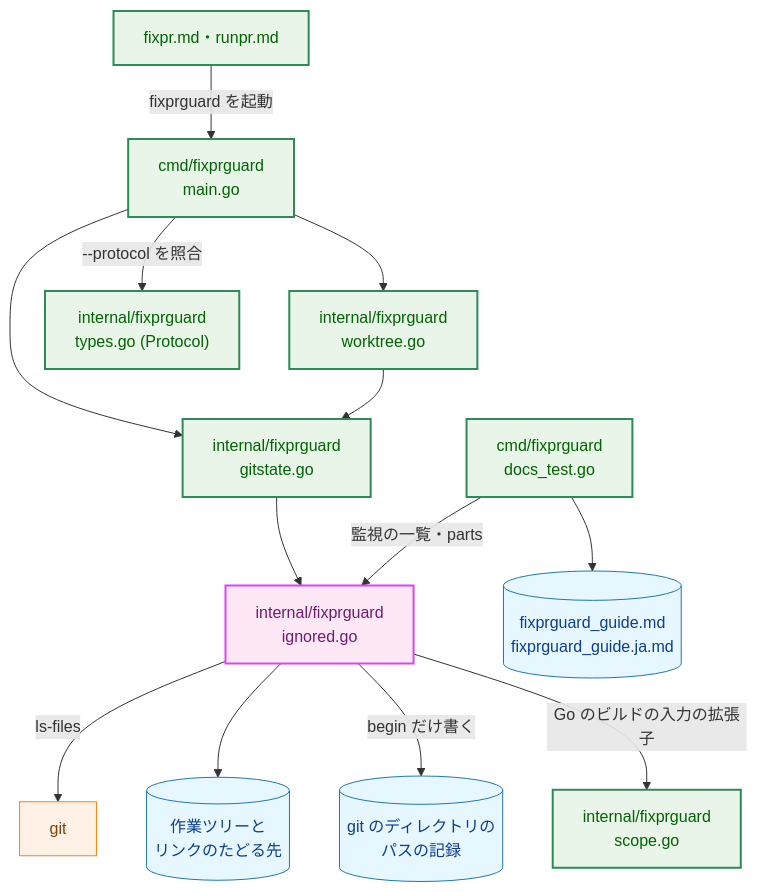
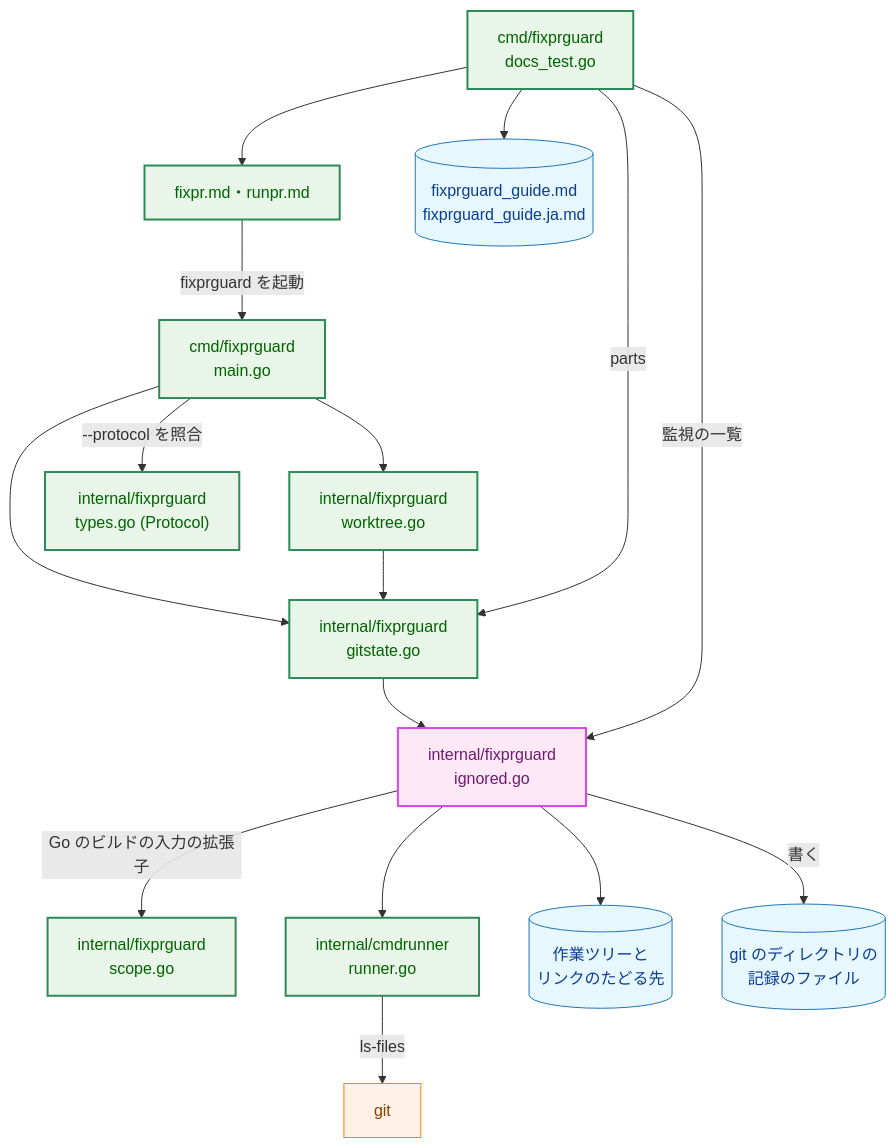
The third of 11 diagrams in docs/tasks/0034_fixprguard_ignored_files/02_architecture.md (isseis/yt2column), drawn with Mermaid before and after one commit. The commit also changed other lines of this file and 1 other file, not shown here.

First line of the commit message:
docs(0034): address architecture review findings and polish prose

````diff
--- a/docs/tasks/0034_fixprguard_ignored_files/02_architecture.md
+++ b/docs/tasks/0034_fixprguard_ignored_files/02_architecture.md
@@ -112,38 +122,42 @@
 ```mermaid
 flowchart TD
     classDef data fill:#e6f7ff,stroke:#1f77b4,stroke-width:1px,color:#0b3d91;
     classDef process fill:#fff1e6,stroke:#ff7f0e,stroke-width:1px,color:#8a3e00;
     classDef enhanced fill:#e8f5e8,stroke:#2e8b57,stroke-width:2px,color:#006400;
     classDef newpkg fill:#ffe8f5,stroke:#d946ef,stroke-width:2px,color:#701a75;
 
     DOCS["fixpr.md・runpr.md"]
     MAIN["cmd/fixprguard<br>main.go"]
     WTREE["internal/fixprguard<br>worktree.go"]
     STATE["internal/fixprguard<br>gitstate.go"]
     IGN["internal/fixprguard<br>ignored.go"]
     SCOPE["internal/fixprguard<br>scope.go"]
     TYPES["internal/fixprguard<br>types.go (Protocol)"]
+    RUNNER["internal/cmdrunner<br>runner.go"]
     GIT["git"]
     FILES[("作業ツリーと<br>リンクのたどる先")]
-    REC[("git のディレクトリの<br>パスの記録")]
+    REC[("git のディレクトリの<br>記録のファイル")]
     GUARD["cmd/fixprguard<br>docs_test.go"]
     GUIDE[("fixprguard_guide.md<br>fixprguard_guide.ja.md")]
 
     DOCS -->|"fixprguard を起動"| MAIN
     MAIN -->|"--protocol を照合"| TYPES
     MAIN --> WTREE
     MAIN --> STATE
     WTREE --> STATE
     STATE --> IGN
-    IGN -->|"ls-files"| GIT
+    IGN --> RUNNER
+    RUNNER -->|"ls-files"| GIT
     IGN --> FILES
-    IGN -->|"begin だけ書く"| REC
+    IGN -->|"書く"| REC
     IGN -->|"Go のビルドの入力の拡張子"| SCOPE
     GUARD --> GUIDE
-    GUARD -->|"監視の一覧・parts"| IGN
+    GUARD --> DOCS
+    GUARD -->|"監視の一覧"| IGN
+    GUARD -->|"parts"| STATE
 
-    class DOCS,MAIN,WTREE,STATE,SCOPE,TYPES,GUARD enhanced
+    class DOCS,MAIN,WTREE,STATE,SCOPE,TYPES,RUNNER,GUARD enhanced
     class IGN newpkg
     class GIT process
     class FILES,REC,GUIDE data
 ```
````
